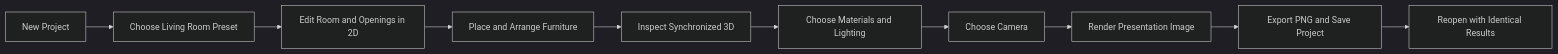
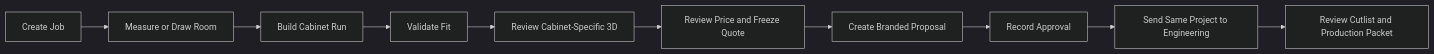
Before and after one commit to Danish-13-Khan/interior-cabinet-vision-go: the first of 3 diagrams in README.md, drawn with Mermaid (dark theme). The commit also changed other lines of this file and 5 other files, not shown here.

````diff
--- a/README.md
+++ b/README.md
@@ -28,12 +35,12 @@
 ```mermaid
 flowchart LR
-    A["New Project"] --> B["Choose Living Room Preset"]
-    B --> C["Edit Room and Openings in 2D"]
-    C --> D["Place and Arrange Furniture"]
-    D --> E["Inspect Synchronized 3D"]
-    E --> F["Choose Materials and Lighting"]
-    F --> G["Choose Camera"]
-    G --> H["Render Presentation Image"]
-    H --> I["Export PNG and Save Project"]
-    I --> J["Reopen with Identical Results"]
+    A["Create Job"] --> B["Measure or Draw Room"]
+    B --> C["Build Cabinet Run"]
+    C --> D["Validate Fit"]
+    D --> E["Review Cabinet-Specific 3D"]
+    E --> F["Review Price and Freeze Quote"]
+    F --> G["Create Branded Proposal"]
+    G --> H["Record Approval"]
+    H --> I["Send Same Project to Engineering"]
+    I --> J["Review Cutlist and Production Packet"]
 ```
````
